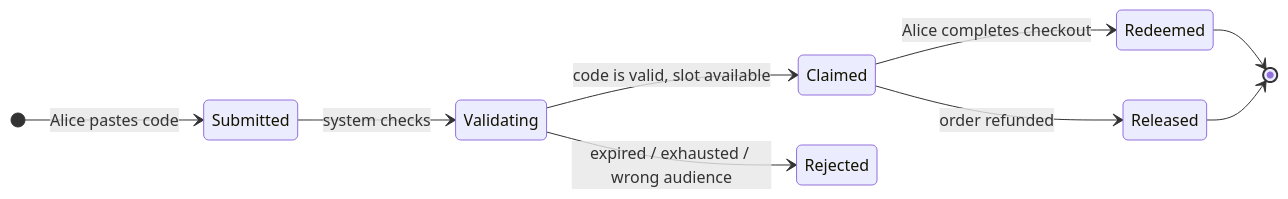
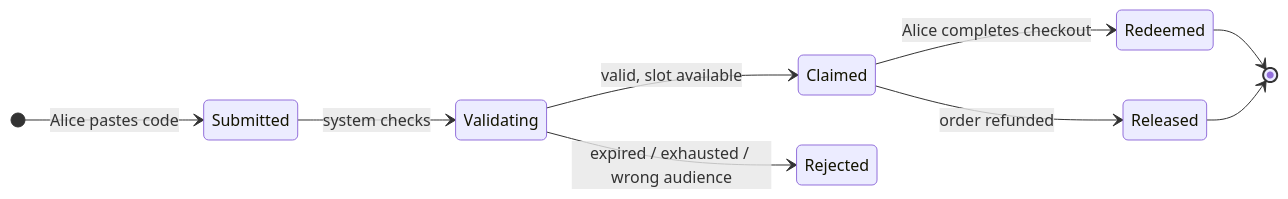
The first of 11 diagrams in problems/014-coupon-redemption/question.md (shiningflash/system-design), drawn with Mermaid before and after one commit. The commit also changed other lines of this file and 37 other files, not shown here.

````diff
--- a/problems/014-coupon-redemption/question.md
+++ b/problems/014-coupon-redemption/question.md
@@ -39,12 +31,12 @@
 ```mermaid
 stateDiagram-v2
     direction LR
     [*] --> Submitted: Alice pastes code
     Submitted --> Validating: system checks
-    Validating --> Claimed: code is valid, slot available
+    Validating --> Claimed: valid, slot available
     Validating --> Rejected: expired / exhausted / wrong audience
     Claimed --> Redeemed: Alice completes checkout
+    Claimed --> Released: order refunded
     Redeemed --> [*]
-    Claimed --> Released: order refunded
     Released --> [*]
 ```
````
